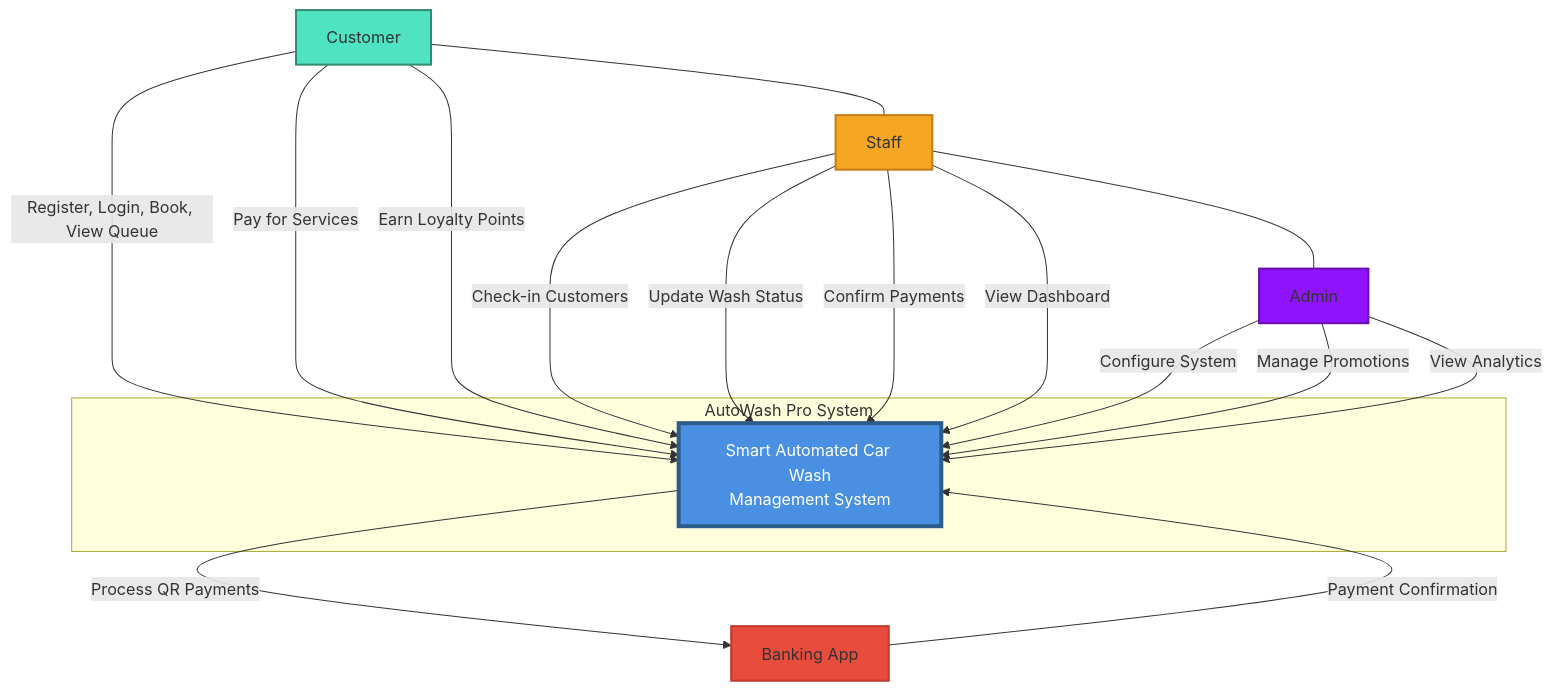
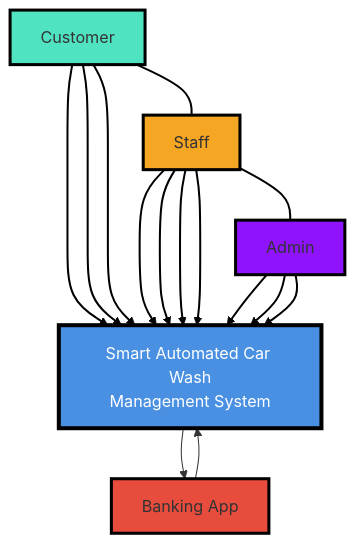
One commit to nguyenvuanhmy2708-sketch/autowash-pro changed the diagram in hinh.md. Above: the diagram before and after it, drawn with Mermaid.

````diff
--- a/hinh.md
+++ b/hinh.md
@@ -2,75 +1,82 @@
- ```mermaid
+```mermaid
 graph TB
 
     %% =========================
     %% TOP ACTORS
     %% =========================
 
     Customer["Customer"]
     Staff["Staff"]
     Admin["Admin"]
 
     %% =========================
-    %% SYSTEM
+    %% CENTER SYSTEM
     %% =========================
 
-    subgraph "AutoWash Pro System"
-        System["Smart Automated Car Wash<br/>Management System"]
-    end
+    System["Smart Automated Car Wash<br/>Management System"]
 
     %% =========================
-    %% BOTTOM EXTERNAL SERVICE
+    %% BOTTOM SERVICE
     %% =========================
 
     Bank["Banking App"]
 
     %% =========================
-    %% LAYOUT CONTROL
+    %% FORCE POSITION
     %% =========================
 
     Customer --- Staff
     Staff --- Admin
 
     %% =========================
     %% CUSTOMER INTERACTIONS
     %% =========================
 
-    Customer -->|Register, Login, Book, View Queue| System
-    Customer -->|Pay for Services| System
-    Customer -->|Earn Loyalty Points| System
+    Customer --> System
+    Customer --> System
+    Customer --> System
 
     %% =========================
     %% STAFF INTERACTIONS
     %% =========================
 
-    Staff -->|Check-in Customers| System
-    Staff -->|Update Wash Status| System
-    Staff -->|Confirm Payments| System
-    Staff -->|View Dashboard| System
+    Staff --> System
+    Staff --> System
+    Staff --> System
+    Staff --> System
 
     %% =========================
     %% ADMIN INTERACTIONS
     %% =========================
 
-    Admin -->|Configure System| System
-    Admin -->|Manage Promotions| System
-    Admin -->|View Analytics| System
+    Admin --> System
+    Admin --> System
+    Admin --> System
 
     %% =========================
     %% BANKING INTERACTIONS
     %% =========================
 
-    System -->|Process QR Payments| Bank
-    Bank -->|Payment Confirmation| System
+    System --> Bank
+    Bank --> System
+
+    %% =========================
+    %% LINK LABELS
+    %% =========================
+
+    linkStyle 0,1,2 stroke:#000,stroke-width:2px
+    linkStyle 3,4,5,6 stroke:#000,stroke-width:2px
+    linkStyle 7,8,9 stroke:#000,stroke-width:2px
+    linkStyle 10,11 stroke:#000,stroke-width:2px
 
     %% =========================
     %% STYLES
     %% =========================
 
-    style System fill:#4A90E2,stroke:#2E5C8A,stroke-width:4px,color:#fff
+    style System fill:#4A90E2,stroke:#000,stroke-width:4px,color:#fff
 
-    style Customer fill:#50E3C2,stroke:#2E8C74,stroke-width:2px
-    style Staff fill:#F5A623,stroke:#C87A1A,stroke-width:2px
-    style Admin fill:#9013FE,stroke:#6A0DAD,stroke-width:2px
-    style Bank fill:#E74C3C,stroke:#C0392B,stroke-width:2px
+    style Customer fill:#50E3C2,stroke:#000,stroke-width:3px
+    style Staff fill:#F5A623,stroke:#000,stroke-width:3px
+    style Admin fill:#9013FE,stroke:#000,stroke-width:3px
+    style Bank fill:#E74C3C,stroke:#000,stroke-width:3px
 ```
````
